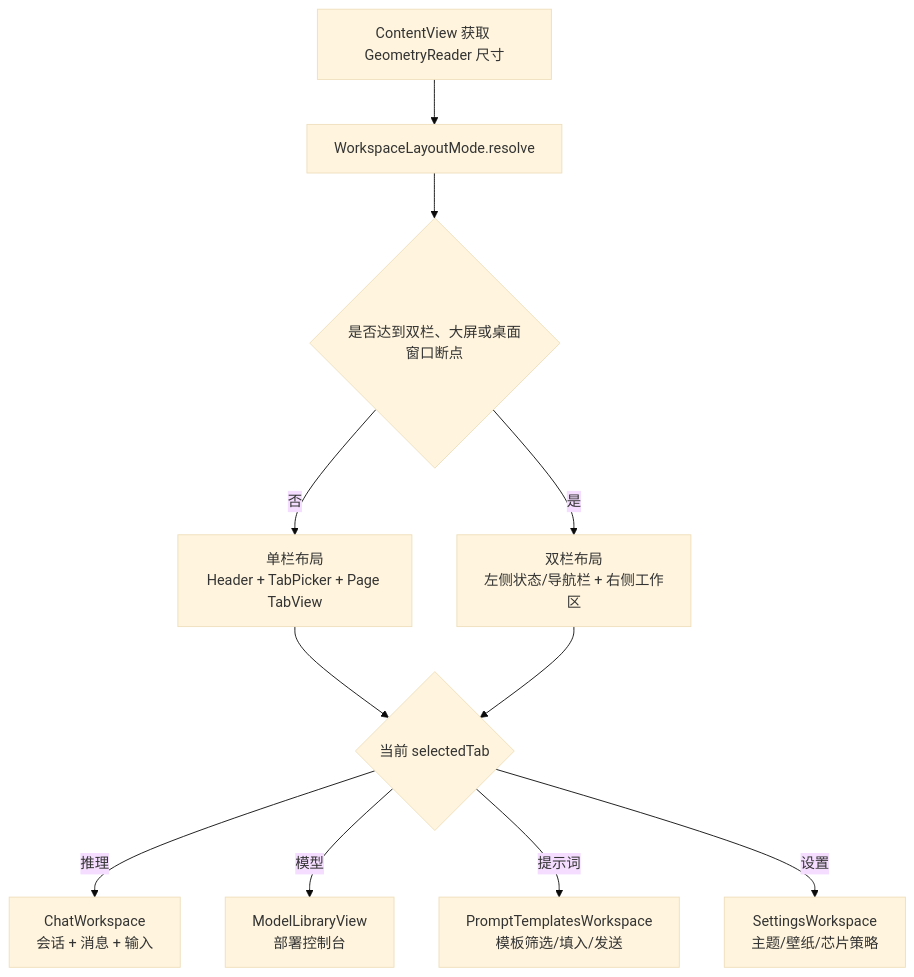
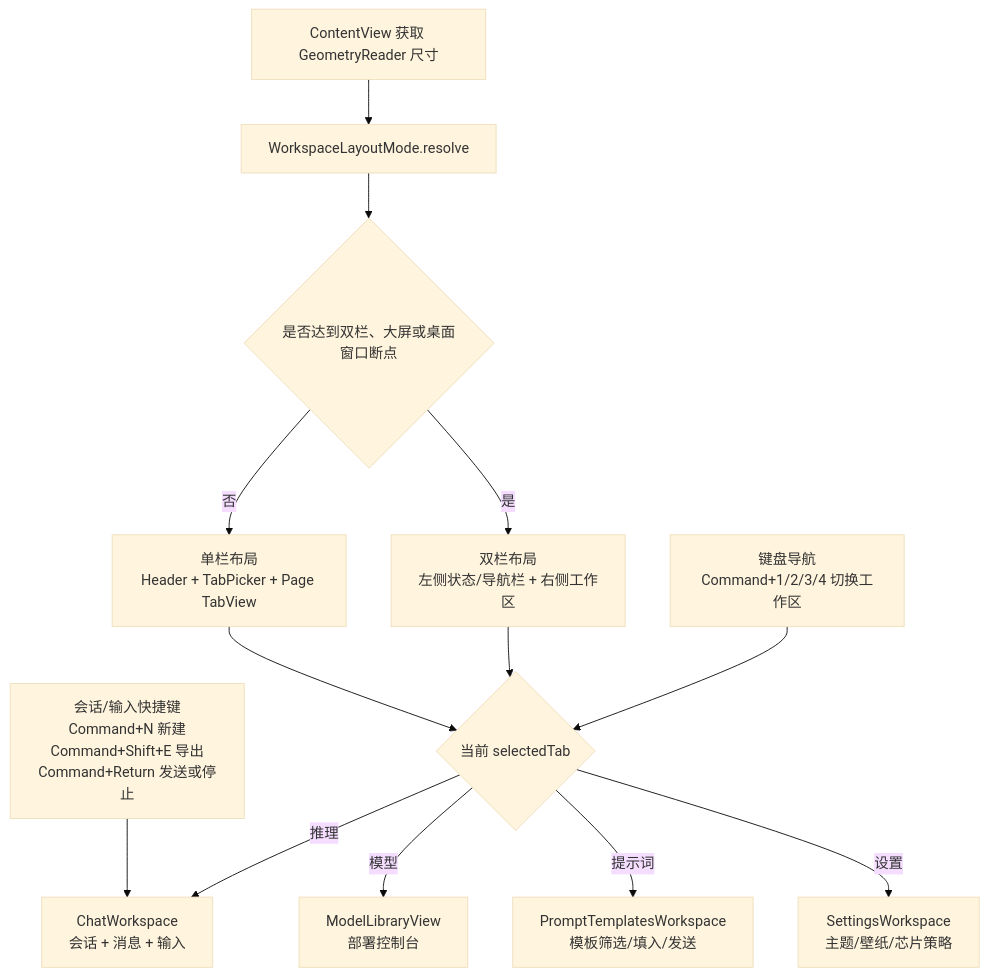
One commit to Altman-sam114/113 changed the fourth of 9 diagrams in md/flow/flowchart.md. Above: the diagram before and after it, drawn with Mermaid (base theme). The commit also changed other lines of this file and 8 other files, not shown here.

````diff
--- a/md/flow/flowchart.md
+++ b/md/flow/flowchart.md
@@ -68,13 +68,15 @@
 ```mermaid
 flowchart TD
     A[ContentView 获取 GeometryReader 尺寸] --> B[WorkspaceLayoutMode.resolve]
     B --> C{是否达到双栏、大屏或桌面窗口断点}
     C -- 否 --> D[单栏布局<br/>Header + TabPicker + Page TabView]
     C -- 是 --> E[双栏布局<br/>左侧状态/导航栏 + 右侧工作区]
     D --> F{当前 selectedTab}
     E --> F
+    K[键盘导航<br/>Command+1/2/3/4 切换工作区] --> F
+    L[会话/输入快捷键<br/>Command+N 新建<br/>Command+Shift+E 导出<br/>Command+Return 发送或停止] --> G
     F -- 推理 --> G[ChatWorkspace<br/>会话 + 消息 + 输入]
     F -- 模型 --> H[ModelLibraryView<br/>部署控制台]
     F -- 提示词 --> I[PromptTemplatesWorkspace<br/>模板筛选/填入/发送]
     F -- 设置 --> J[SettingsWorkspace<br/>主题/壁纸/芯片策略]
 ```
````
